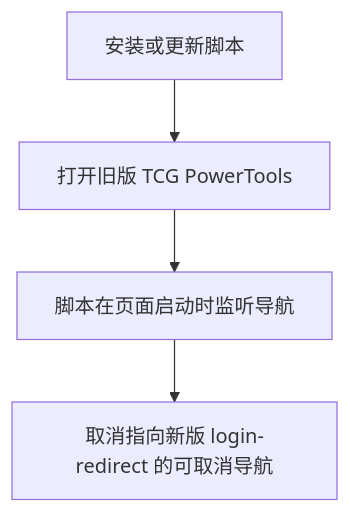
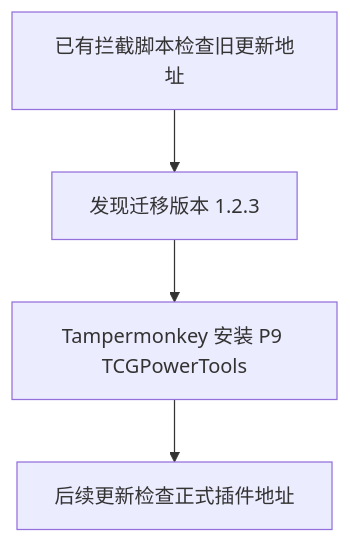
The diagram in tcgpowertools-block-redirect/README.zh-CN.md (tjx0726/P9_Tampermonkey), drawn with Mermaid before and after one commit. The commit also changed other lines of this file and 8 other files, not shown here.

Commit message:
Migrate deprecated legacy blocker installations to P9 TCGPowerTools

````diff
--- a/tcgpowertools-block-redirect/README.zh-CN.md
+++ b/tcgpowertools-block-redirect/README.zh-CN.md
@@ -23,6 +21,6 @@
 ```mermaid
 flowchart TD
-    A[安装或更新脚本] --> B[打开旧版 TCG PowerTools]
-    B --> C[脚本在页面启动时监听导航]
-    C --> D[取消指向新版 login-redirect 的可取消导航]
+    A[已有拦截脚本检查旧更新地址] --> B[发现迁移版本 1.2.3]
+    B --> C[Tampermonkey 安装 P9 TCGPowerTools]
+    C --> D[后续更新检查正式插件地址]
 ```
````
